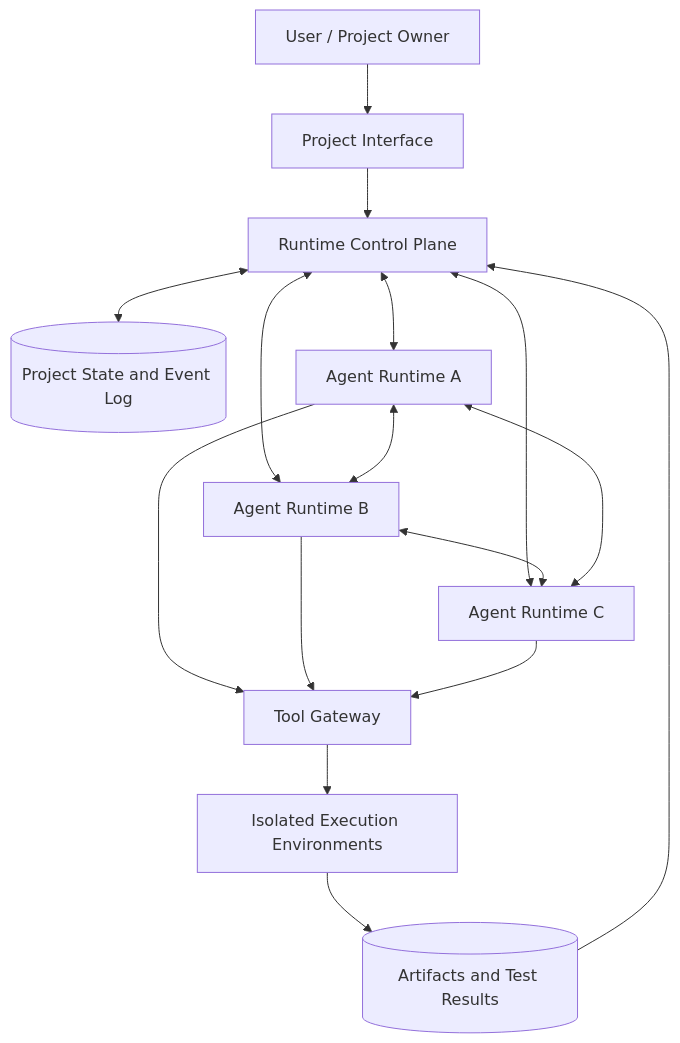
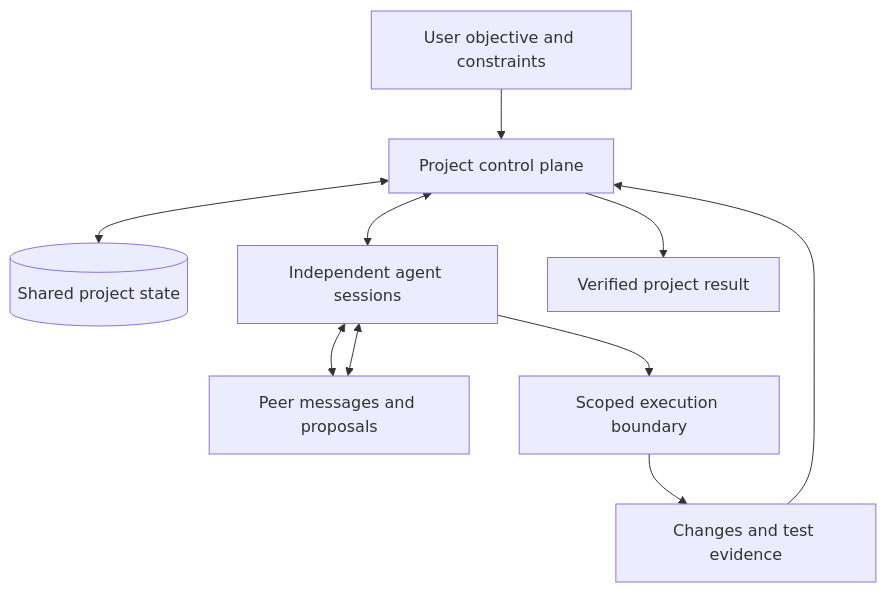
Before and after one commit to kaxokaze/fellows: the diagram in docs/architecture/OVERVIEW.md, drawn with Mermaid. The commit also changed other lines of this file, not shown here.

Commit message:
Rewrite Fellows project documentation for a clean baseline

````diff
--- a/docs/architecture/OVERVIEW.md
+++ b/docs/architecture/OVERVIEW.md
@@ -27,18 +21,12 @@
 ```mermaid
 flowchart TB
-    U[User / Project Owner] --> API[Project Interface]
-    API --> CP[Runtime Control Plane]
-    CP <--> PS[(Project State and Event Log)]
-    CP <--> A1[Agent Runtime A]
-    CP <--> A2[Agent Runtime B]
-    CP <--> A3[Agent Runtime C]
-    A1 <--> A2
-    A2 <--> A3
-    A3 <--> A1
-    A1 --> TG[Tool Gateway]
-    A2 --> TG
-    A3 --> TG
-    TG --> EX[Isolated Execution Environments]
-    EX --> AR[(Artifacts and Test Results)]
-    AR --> CP
+    U[User objective and constraints] --> C[Project control plane]
+    C <--> S[(Shared project state)]
+    C <--> A[Independent agent sessions]
+    A <--> B[Peer messages and proposals]
+    B <--> A
+    A --> X[Scoped execution boundary]
+    X --> R[Changes and test evidence]
+    R --> C
+    C --> D[Verified project result]
 ```
````
